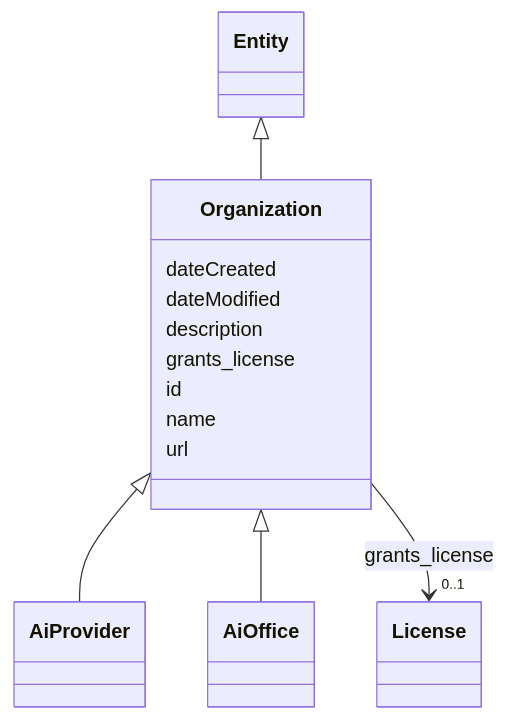
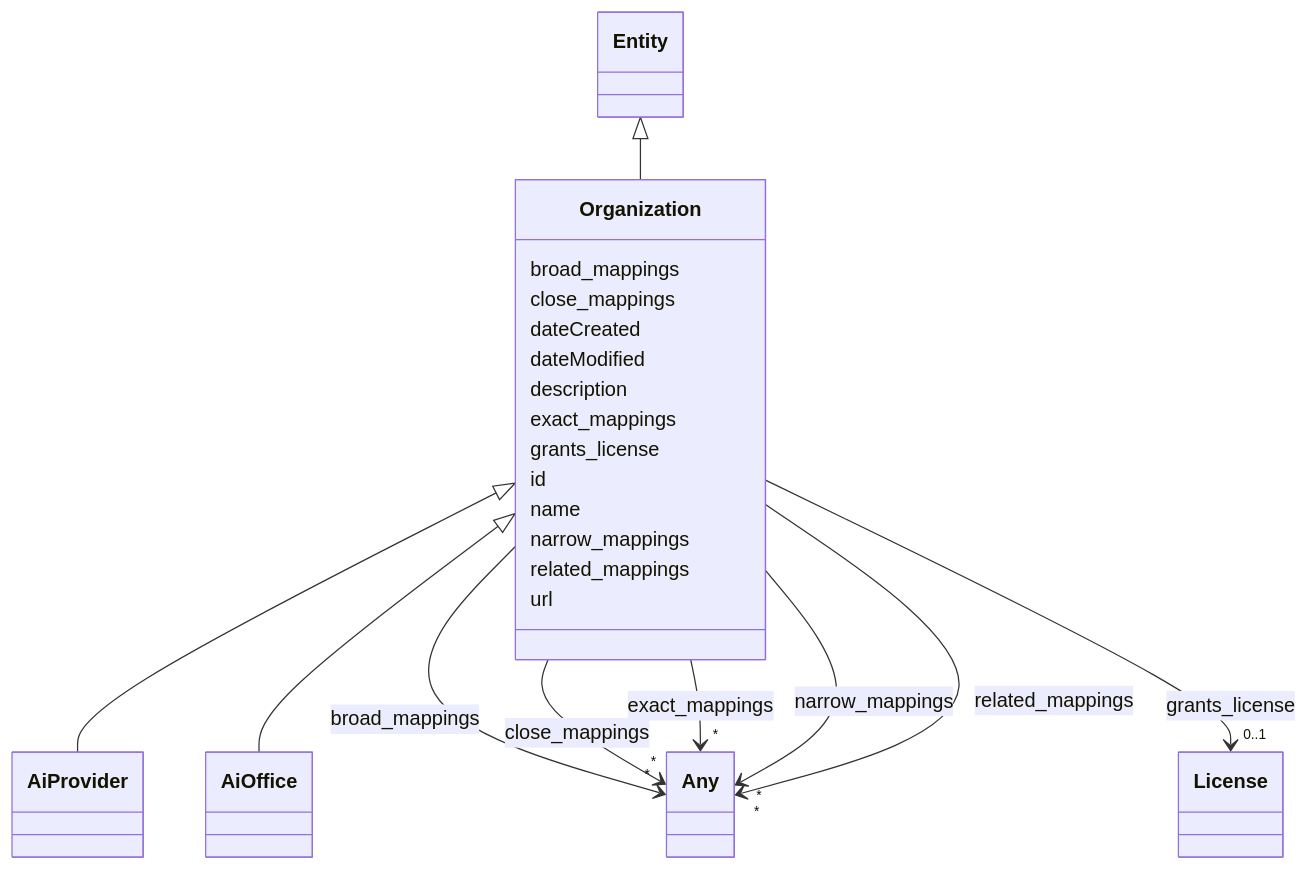
One commit to ingelise/risk-atlas-nexus changed the diagram in docs/ontology/Organization.md. Above: the diagram before and after it, drawn with Mermaid. The commit also changed other lines of this file and 180 other files, not shown here.

```diff
--- a/docs/ontology/Organization.md
+++ b/docs/ontology/Organization.md
@@ -29,11 +29,44 @@
         click AiOffice href "../AiOffice/"
 
 
+      Organization : broad_mappings
+
+
+
+
+
+        Organization --> "*" Any : broad_mappings
+        click Any href "../Any/"
+
+
+
+      Organization : close_mappings
+
+
+
+
+
+        Organization --> "*" Any : close_mappings
+        click Any href "../Any/"
+
+
+
       Organization : dateCreated
 
       Organization : dateModified
 
       Organization : description
+
+      Organization : exact_mappings
+
+
+
+
+
+        Organization --> "*" Any : exact_mappings
+        click Any href "../Any/"
+
+
 
       Organization : grants_license
 
@@ -50,6 +83,28 @@
 
       Organization : name
 
+      Organization : narrow_mappings
+
+
+
+
+
+        Organization --> "*" Any : narrow_mappings
+        click Any href "../Any/"
+
+
+
+      Organization : related_mappings
+
+
+
+
+
+        Organization --> "*" Any : related_mappings
+        click Any href "../Any/"
+
+
+
       Organization : url
 
 
```
